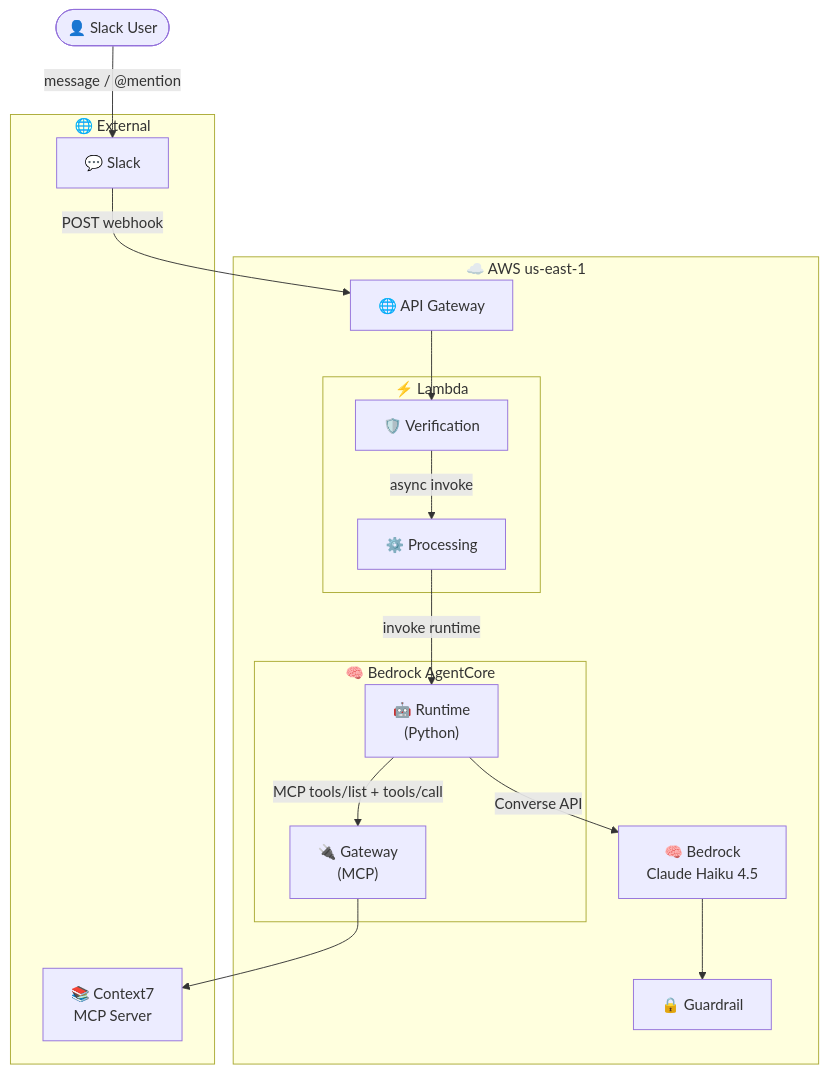
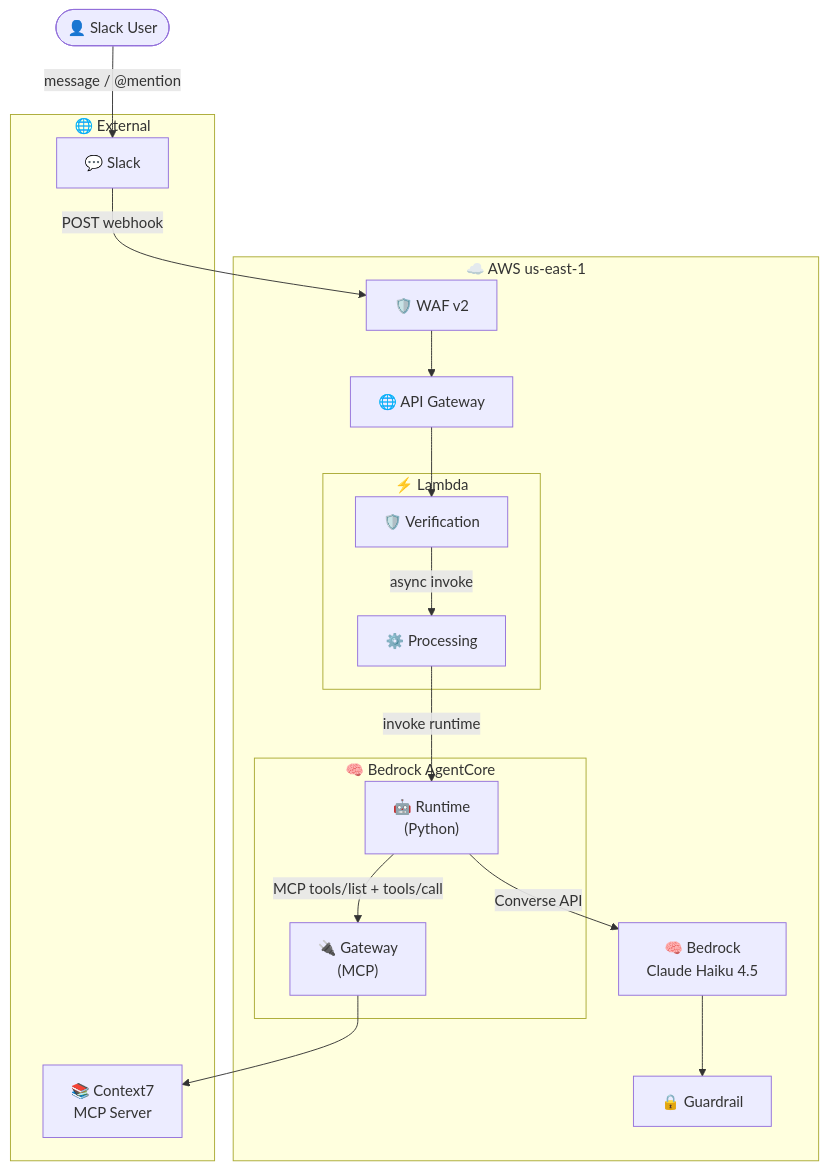
Before and after one commit to ruzickap/ruzickap.github.io: the diagram in _posts/2026/2026-06-11-bedrock-agentcore-slack-opentofu.md, drawn with Mermaid. The commit also changed other lines of this file and 2 other files, not shown here.

Commit message:
feat: enhance security by adding WAF v2 to API Gateway

````diff
--- a/_posts/2026/2026-06-11-bedrock-agentcore-slack-opentofu.md
+++ b/_posts/2026/2026-06-11-bedrock-agentcore-slack-opentofu.md
@@ -27,33 +27,35 @@
 ```mermaid
 flowchart TD
   User(["👤 Slack User"])
 
   User -- "message / @mention" --> Slack
-  Slack -- "POST webhook" --> APIGW
+  Slack -- "POST webhook" --> WAF
+  WAF --> APIGW
   APIGW --> LV
   LV -- "async invoke" --> LP
   LP -- "invoke runtime" --> RT
   RT -- "MCP tools/list + tools/call" --> GW
   GW --> C7
   RT -- "Converse API" --> BR
   BR --> Guard
 
   subgraph AWS["☁️ AWS us-east-1"]
+    WAF["🛡️ WAF v2"]
     APIGW["🌐 API Gateway"]
     subgraph Lambda["⚡ Lambda"]
       LV["🛡️ Verification"]
       LP["⚙️ Processing"]
     end
     subgraph AgentCore["🧠 Bedrock AgentCore"]
       RT["🤖 Runtime\n(Python)"]
       GW["🔌 Gateway\n(MCP)"]
     end
     BR["🧠 Bedrock\nClaude Haiku 4.5"]
     Guard["🔒 Guardrail"]
   end
 
   subgraph External["🌐 External"]
     Slack["💬 Slack"]
     C7["📚 Context7\nMCP Server"]
   end
 ```
````
